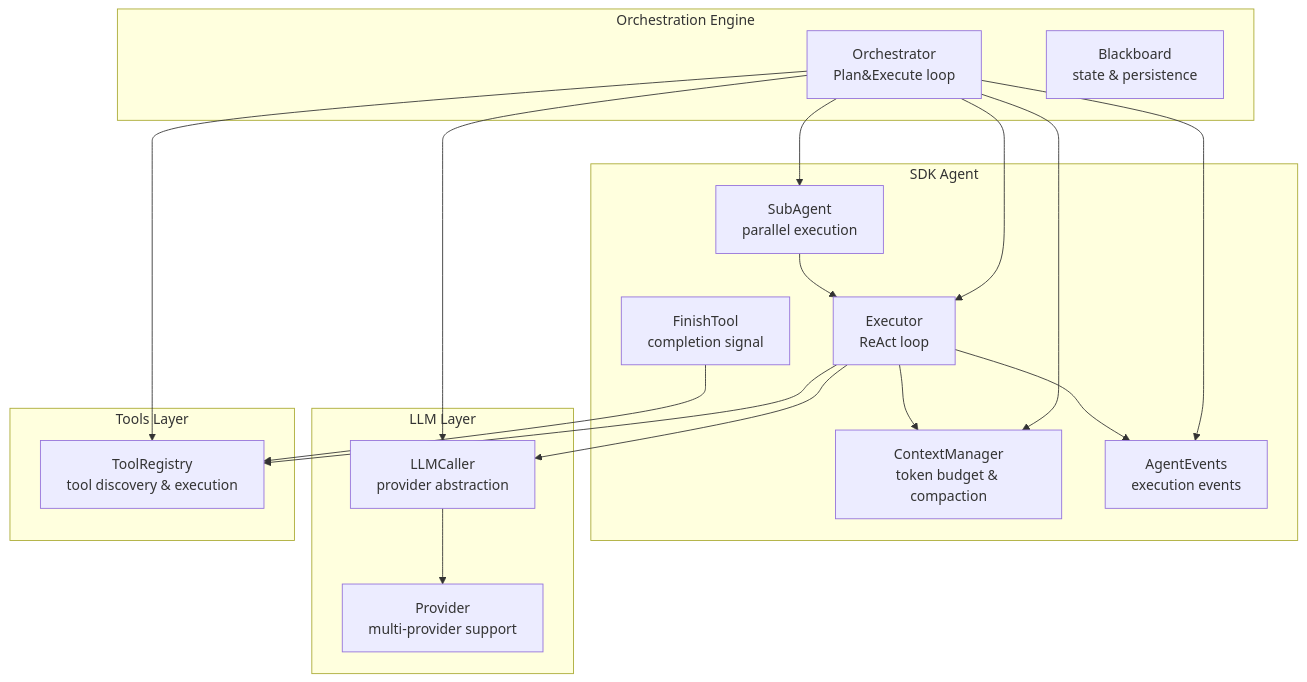
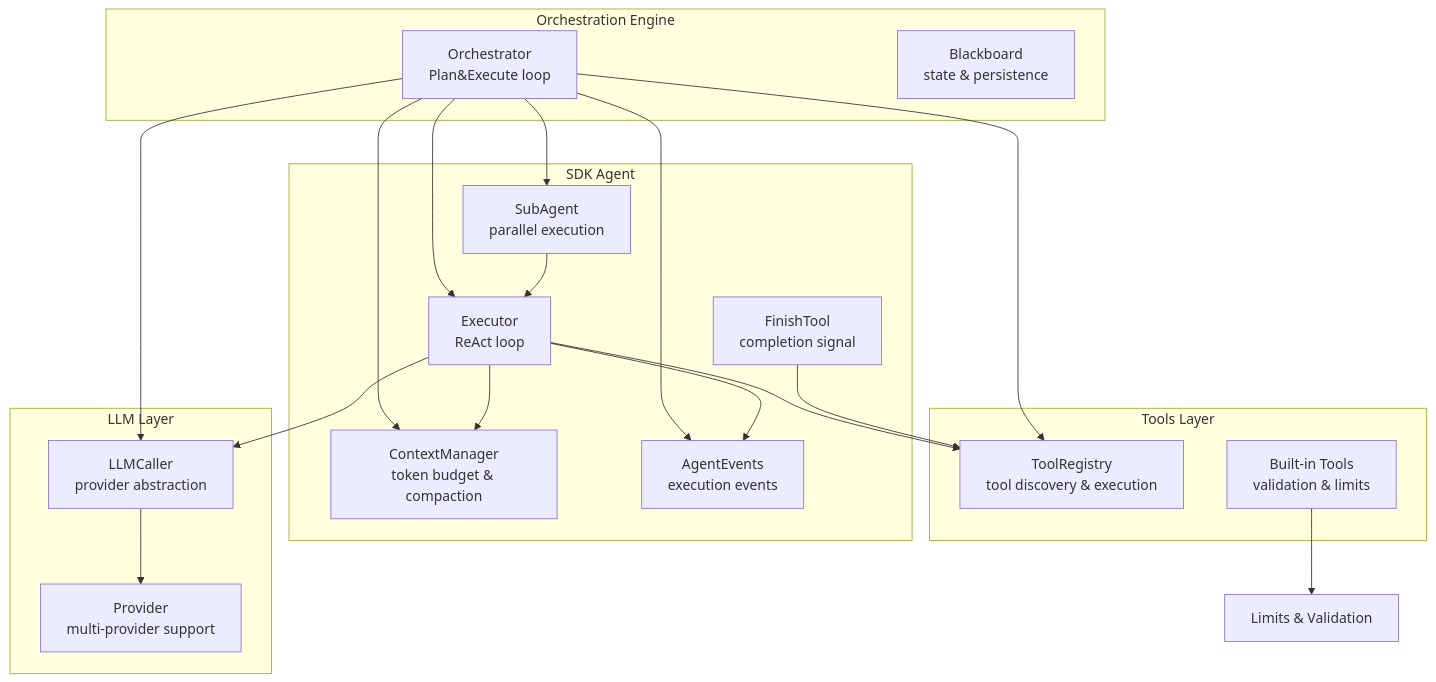
The first of 10 diagrams in .qoder/repowiki/en/content/Core AI Engine/Agent Executor.md (v0lka/c0wrk), drawn with Mermaid before and after one commit. The commit also changed other lines of this file and 8 other files, not shown here.

````diff
--- a/.qoder/repowiki/en/content/Core AI Engine/Agent Executor.md
+++ b/.qoder/repowiki/en/content/Core AI Engine/Agent Executor.md
@@ -46,34 +68,36 @@
 ```mermaid
 graph TB
 subgraph "SDK Agent"
 EX["Executor<br/>ReAct loop"]
 SA["SubAgent<br/>parallel execution"]
 FIN["FinishTool<br/>completion signal"]
 CTX["ContextManager<br/>token budget & compaction"]
 EVT["AgentEvents<br/>execution events"]
 end
 subgraph "Orchestration Engine"
 ORCH["Orchestrator<br/>Plan&Execute loop"]
 BB["Blackboard<br/>state & persistence"]
 end
 subgraph "LLM Layer"
 LLM["LLMCaller<br/>provider abstraction"]
 PRV["Provider<br/>multi-provider support"]
 end
 subgraph "Tools Layer"
 REG["ToolRegistry<br/>tool discovery & execution"]
+BT["Built-in Tools<br/>validation & limits"]
 end
 ORCH --> EX
 ORCH --> SA
 ORCH --> CTX
 ORCH --> EVT
 ORCH --> LLM
 ORCH --> REG
 EX --> LLM
 EX --> REG
 EX --> CTX
 EX --> EVT
 SA --> EX
 FIN --> REG
 LLM --> PRV
+BT --> LIMITS["Limits & Validation"]
 ```
````
